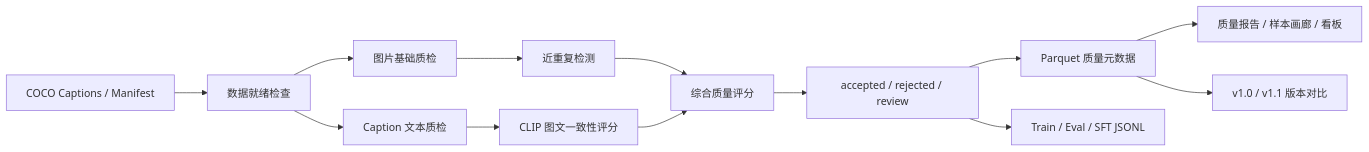
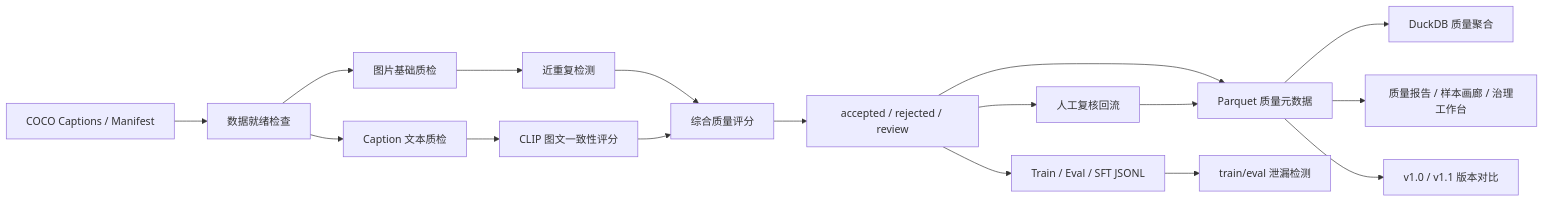
The diagram in README.md (Linyihhh1-Hub/multimodal-data-quality-pipeline), drawn with Mermaid before and after one commit. The commit also changed other lines of this file and 1 other file, not shown here.

````diff
--- a/README.md
+++ b/README.md
@@ -40,15 +43,19 @@
 ```mermaid
 flowchart LR
   A["COCO Captions / Manifest"] --> B["数据就绪检查"]
   B --> C["图片基础质检"]
   B --> D["Caption 文本质检"]
   C --> E["近重复检测"]
   D --> F["CLIP 图文一致性评分"]
   E --> G["综合质量评分"]
   F --> G
   G --> H["accepted / rejected / review"]
   H --> I["Parquet 质量元数据"]
   H --> J["Train / Eval / SFT JSONL"]
-  I --> K["质量报告 / 样本画廊 / 看板"]
+  H --> M["人工复核回流"]
+  M --> I
+  J --> N["train/eval 泄漏检测"]
+  I --> O["DuckDB 质量聚合"]
+  I --> K["质量报告 / 样本画廊 / 治理工作台"]
   I --> L["v1.0 / v1.1 版本对比"]
 ```
````
